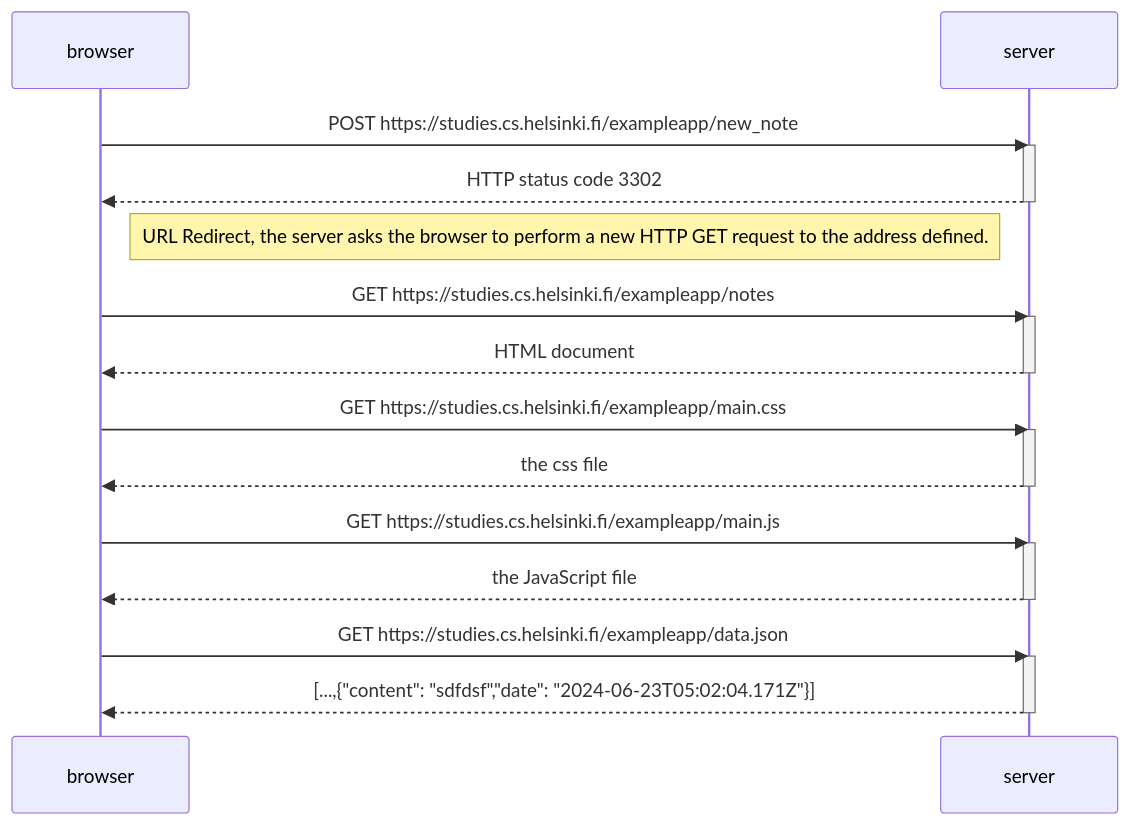
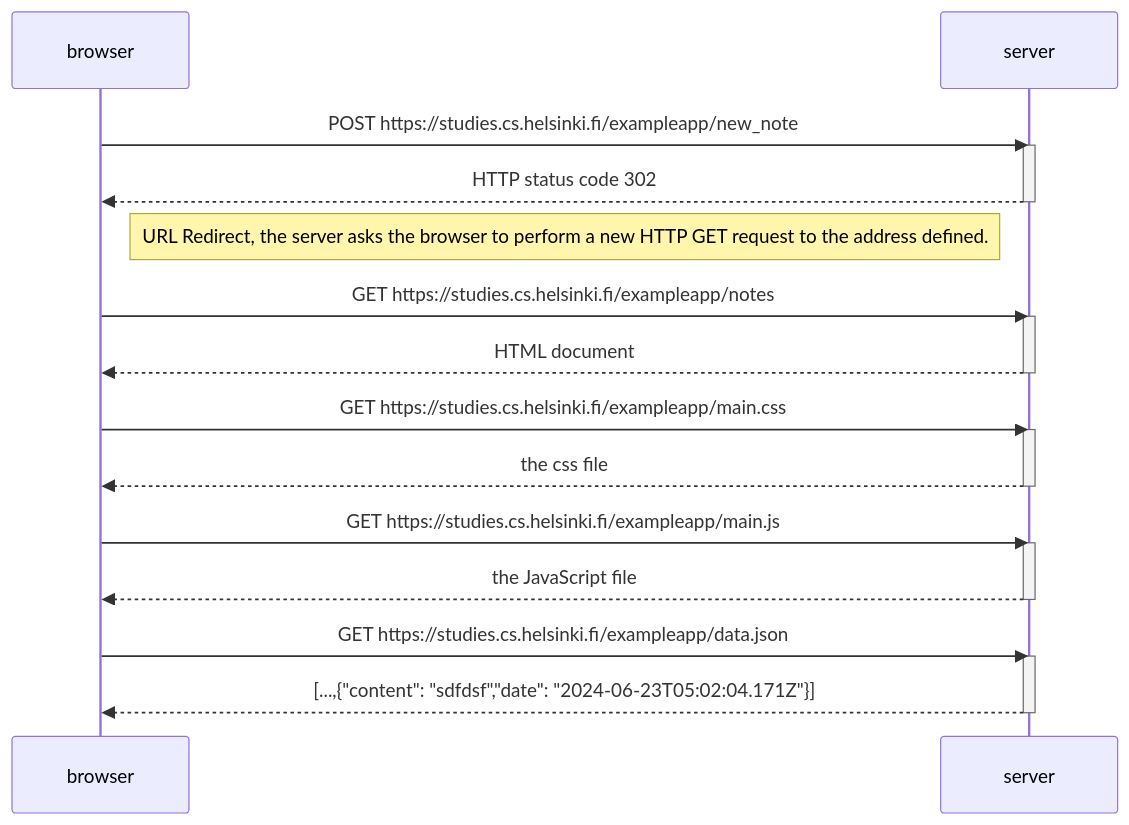
One commit to mattorga/fullstackopen-submissions changed the diagram in part0/04-new-note-diagram.md. Above: the diagram before and after it, drawn with Mermaid.

````diff
--- a/part0/04-new-note-diagram.md
+++ b/part0/04-new-note-diagram.md
@@ -1,31 +1,31 @@
 ```mermaid
 sequenceDiagram
     participant browser
     participant server
 
     browser->>server: POST https://studies.cs.helsinki.fi/exampleapp/new_note
     activate server
-    server-->>browser: HTTP status code 3302
+    server-->>browser: HTTP status code 302
     deactivate server
     Note right of browser: URL Redirect, the server asks the browser to perform a new HTTP GET request to the address defined.
 
     browser->>server: GET https://studies.cs.helsinki.fi/exampleapp/notes
     activate server
     server-->>browser: HTML document
     deactivate server
 
     browser->>server: GET https://studies.cs.helsinki.fi/exampleapp/main.css
     activate server
     server-->>browser: the css file
     deactivate server
 
     browser->>server: GET https://studies.cs.helsinki.fi/exampleapp/main.js
     activate server
     server-->>browser: the JavaScript file
     deactivate server
 
     browser->>server: GET https://studies.cs.helsinki.fi/exampleapp/data.json
     activate server
     server-->>browser: [...,{"content": "sdfdsf","date": "2024-06-23T05:02:04.171Z"}]
     deactivate server
 ```
````
